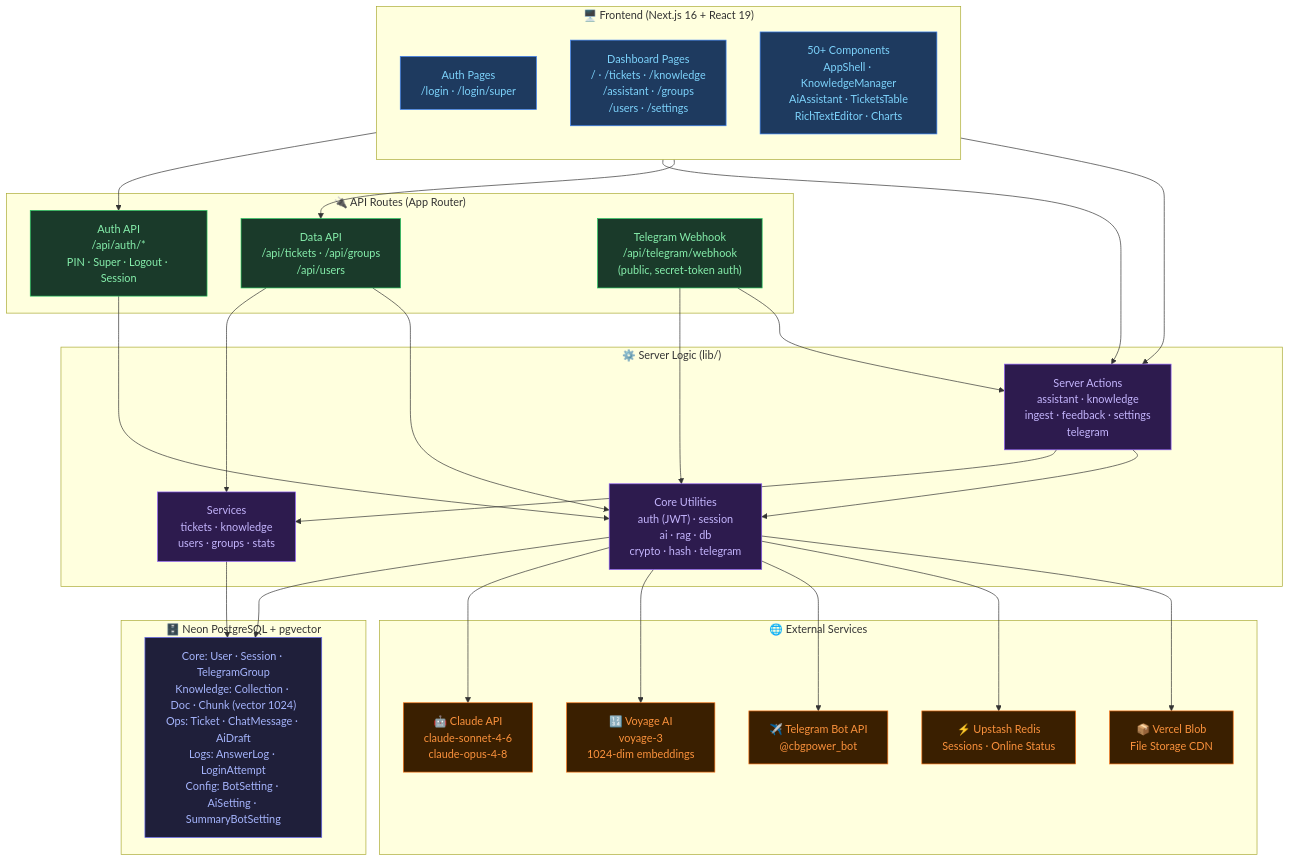
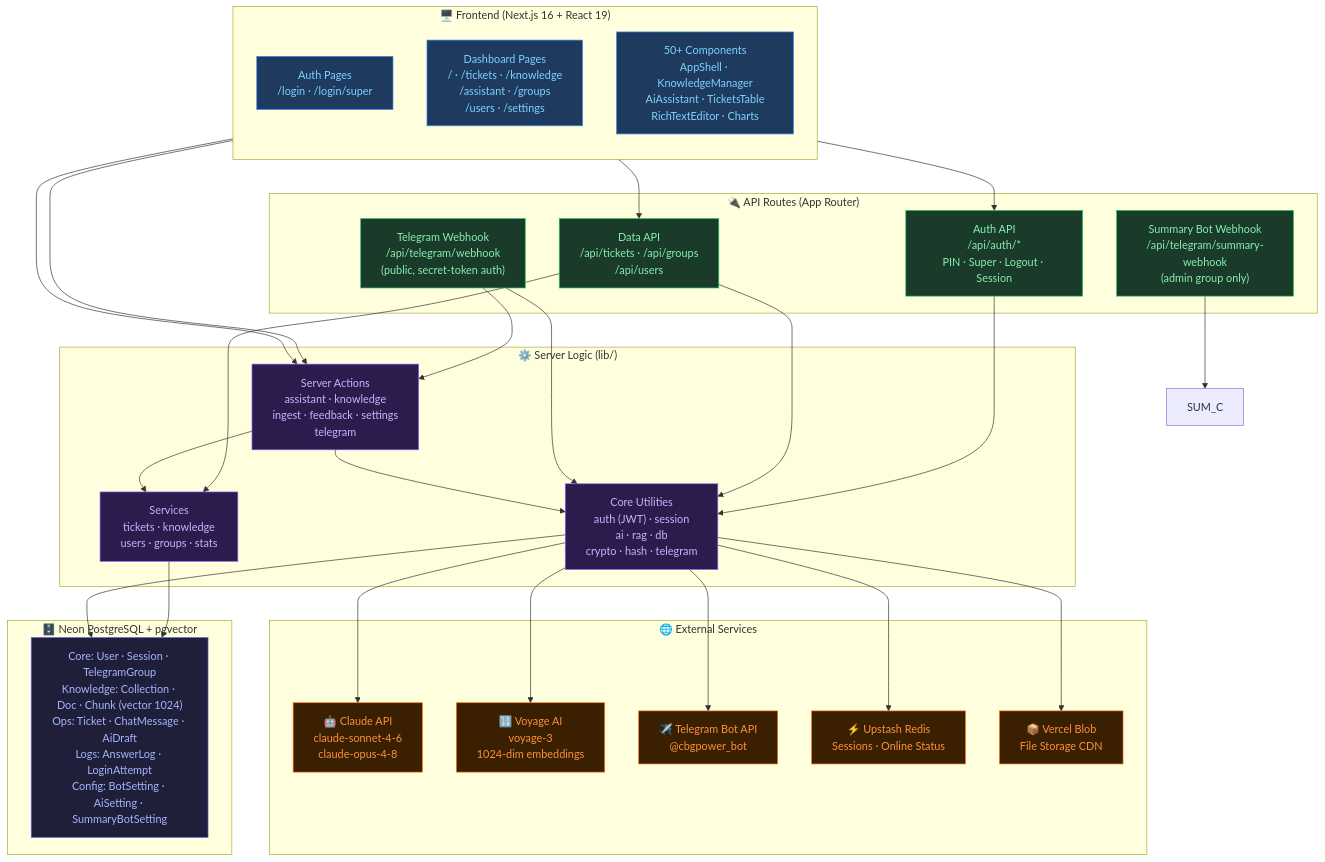
One commit to bazamakold-cmyk/telabotpower changed the first of 7 diagrams in docs/graphify.md. Above: the diagram before and after it, drawn with Mermaid. The commit also changed other lines of this file, not shown here.

Commit message:
docs(graphify): add summary-webhook API route to project map

````diff
--- a/docs/graphify.md
+++ b/docs/graphify.md
@@ -9,61 +9,63 @@
 ```mermaid
 graph TB
     classDef page fill:#1e3a5f,color:#7dd3fc,stroke:#3b82f6
     classDef api fill:#1a3a2a,color:#86efac,stroke:#22c55e
     classDef lib fill:#2d1b4e,color:#c4b5fd,stroke:#8b5cf6
     classDef ext fill:#3a1f00,color:#fb923c,stroke:#f97316
     classDef db fill:#1f1f3a,color:#a5b4fc,stroke:#6366f1
 
     subgraph UI["🖥️ Frontend (Next.js 16 + React 19)"]
         direction TB
         AUTH_PAGES["Auth Pages\n/login · /login/super"]:::page
         DASH_PAGES["Dashboard Pages\n/ · /tickets · /knowledge\n/assistant · /groups\n/users · /settings"]:::page
         COMPONENTS["50+ Components\nAppShell · KnowledgeManager\nAiAssistant · TicketsTable\nRichTextEditor · Charts"]:::page
     end
 
     subgraph API_LAYER["🔌 API Routes (App Router)"]
         AUTH_API["Auth API\n/api/auth/*\nPIN · Super · Logout · Session"]:::api
         DATA_API["Data API\n/api/tickets · /api/groups\n/api/users"]:::api
         WEBHOOK["Telegram Webhook\n/api/telegram/webhook\n(public, secret-token auth)"]:::api
+        SUM_WEBHOOK["Summary Bot Webhook\n/api/telegram/summary-webhook\n(admin group only)"]:::api
     end
 
     subgraph SERVER["⚙️ Server Logic (lib/)"]
         ACTIONS["Server Actions\nassistant · knowledge\ningest · feedback · settings\ntelegram"]:::lib
         SERVICES["Services\ntickets · knowledge\nusers · groups · stats"]:::lib
         CORE["Core Utilities\nauth (JWT) · session\nai · rag · db\ncrypto · hash · telegram"]:::lib
     end
 
     subgraph EXT["🌐 External Services"]
         CLAUDE["🤖 Claude API\nclaude-sonnet-4-6\nclaude-opus-4-8"]:::ext
         VOYAGE["🔢 Voyage AI\nvoyage-3\n1024-dim embeddings"]:::ext
         TG_API["✈️ Telegram Bot API\n@cbgpower_bot"]:::ext
         REDIS["⚡ Upstash Redis\nSessions · Online Status"]:::ext
         BLOB["📦 Vercel Blob\nFile Storage CDN"]:::ext
     end
 
     subgraph DB["🗄️ Neon PostgreSQL + pgvector"]
         MODELS["Core: User · Session · TelegramGroup\nKnowledge: Collection · Doc · Chunk (vector 1024)\nOps: Ticket · ChatMessage · AiDraft\nLogs: AnswerLog · LoginAttempt\nConfig: BotSetting · AiSetting · SummaryBotSetting"]:::db
     end
 
     AUTH_PAGES --> AUTH_API
     DASH_PAGES --> ACTIONS
     DASH_PAGES --> DATA_API
     COMPONENTS --> ACTIONS
 
     AUTH_API --> CORE
     DATA_API --> SERVICES
     DATA_API --> CORE
     WEBHOOK --> CORE
     WEBHOOK --> ACTIONS
+    SUM_WEBHOOK --> SUM_C
 
     ACTIONS --> SERVICES
     ACTIONS --> CORE
     SERVICES --> MODELS
     CORE --> MODELS
 
     CORE --> CLAUDE
     CORE --> VOYAGE
     CORE --> TG_API
     CORE --> REDIS
     CORE --> BLOB
 ```
````
